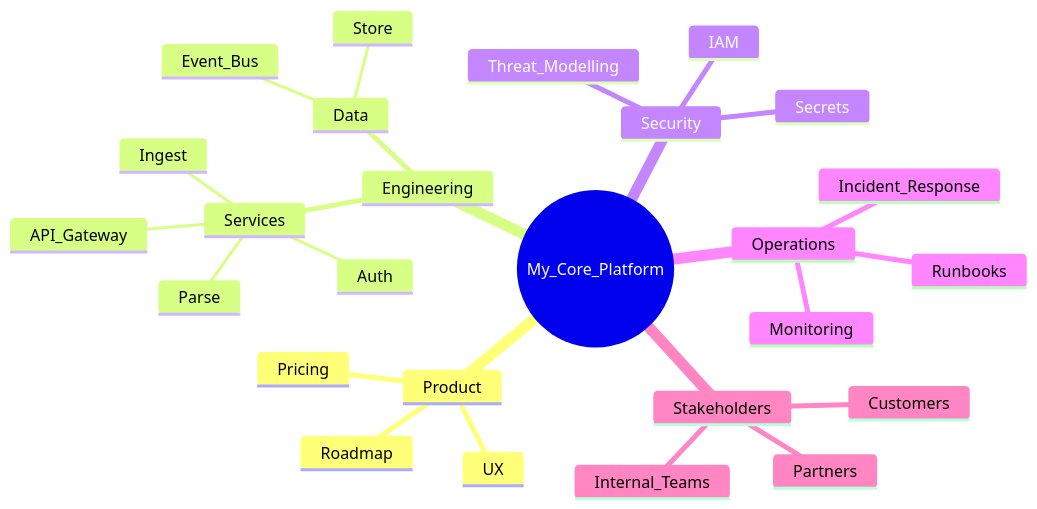
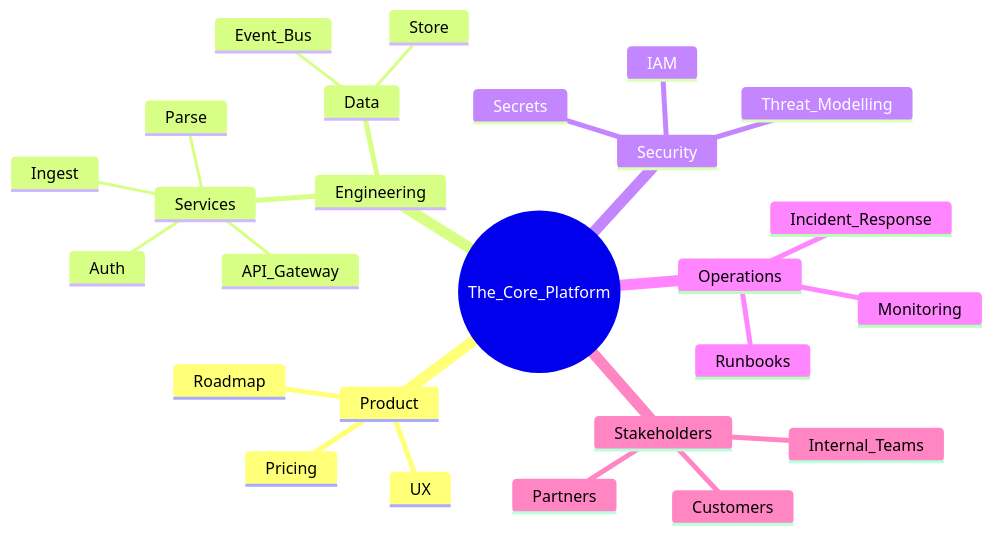
One commit to Beyondthemountain/RoboMermaid changed the diagram in diagrams-src/PlatformMindMap.mmd. Above: the diagram before and after it, drawn with Mermaid.

Commit message:
edit core

```diff
--- a/diagrams-src/PlatformMindMap.mmd
+++ b/diagrams-src/PlatformMindMap.mmd
@@ -1,58 +1,58 @@
 mindmap
 %% Global (included in all views)
-  root((My_Core_Platform))
+  root((The_Core_Platform))
 
 %%@view:overview,product
     Product
 %%@view:product
       Roadmap
 %%@view:product
       UX
 %%@view:product
       Pricing
 
 %%@view:overview,engineering
     Engineering
 %%@view:engineering
       Services
 %%@view:engineering
         API_Gateway
 %%@view:engineering
         Auth
 %%@view:engineering
         Ingest
 %%@view:engineering
         Parse
 %%@view:engineering
       Data
 %%@view:engineering
         Store
 %%@view:engineering
         Event_Bus
 
 %%@view:overview,security
     Security
 %%@view:security
       IAM
 %%@view:security
       Secrets
 %%@view:security
       Threat_Modelling
 
 %%@view:overview,ops
     Operations
 %%@view:ops
       Monitoring
 %%@view:ops
       Incident_Response
 %%@view:ops
       Runbooks
 
 %%@view:overview,stakeholders
     Stakeholders
 %%@view:stakeholders
       Customers
 %%@view:stakeholders
       Partners
 %%@view:stakeholders
       Internal_Teams
```
